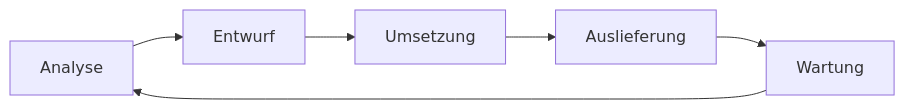
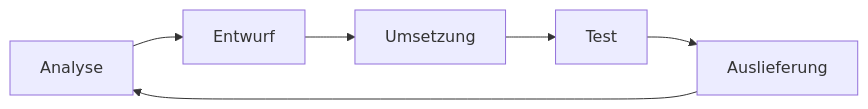
One commit to jappuccini/java-docs changed the first of 4 diagrams in docs/documentation/coding.mdx. Above: the diagram before and after it, drawn with Mermaid. The commit also changed other lines of this file and 39 other files, not shown here.

````diff
--- a/docs/documentation/coding.mdx
+++ b/docs/documentation/coding.mdx
@@ -16,4 +16,4 @@
 ```mermaid
 flowchart LR
-   Analyse --> Entwurf --> Umsetzung --> Auslieferung --> Wartung --> Analyse
+   Analyse --> Entwurf --> Umsetzung --> Test --> Auslieferung --> Analyse
 ```
````
